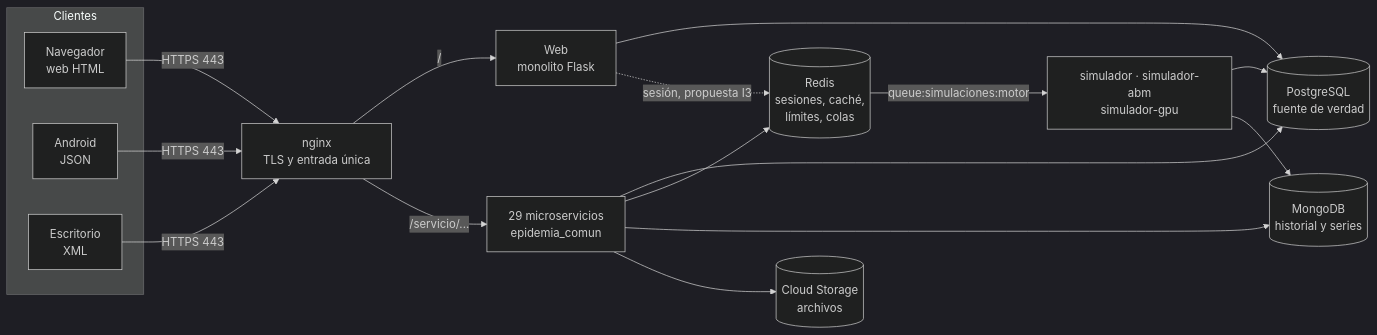
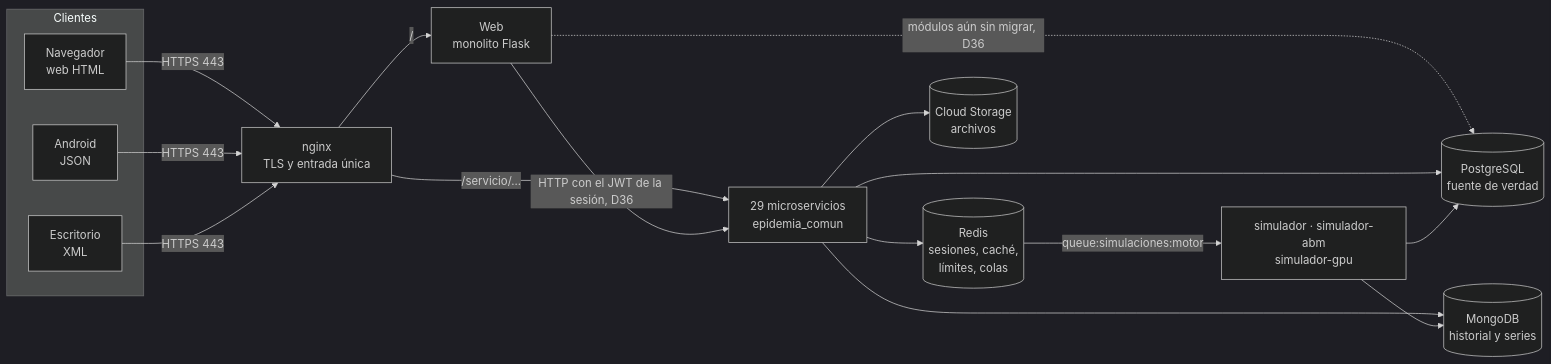
The first of 2 diagrams in docs/arquitectura/arquitectura_v3.md (jonaxCA/A-D-M-Simulator), drawn with Mermaid (dark theme) before and after one commit. The commit also changed other lines of this file and 2 other files, not shown here.

First line of the commit message:
Arquitectura v3 al día con D36 a D39 y las ramas integradas

````diff
--- a/docs/arquitectura/arquitectura_v3.md
+++ b/docs/arquitectura/arquitectura_v3.md
@@ -37,20 +43,20 @@
 ```mermaid
 flowchart LR
     subgraph Clientes
         NAV[Navegador<br/>web HTML]
         MOV[Android<br/>JSON]
         ESC[Escritorio<br/>XML]
     end
     NAV & MOV & ESC -->|HTTPS 443| NG[nginx<br/>TLS y entrada única]
     NG -->|/| WEB[Web<br/>monolito Flask]
     NG -->|/servicio/...| MS[29 microservicios<br/>epidemia_comun]
-    WEB --> PG[(PostgreSQL<br/>fuente de verdad)]
-    WEB -.->|sesión, propuesta I3| RD
-    MS --> PG
+    WEB -->|HTTP con el JWT de la sesión, D36| MS
+    WEB -.->|módulos aún sin migrar, D36| PG
+    MS --> PG[(PostgreSQL<br/>fuente de verdad)]
     MS --> RD[(Redis<br/>sesiones, caché,<br/>límites, colas)]
     MS --> MG[(MongoDB<br/>historial y series)]
     MS --> GCS[(Cloud Storage<br/>archivos)]
     RD -->|queue:simulaciones:motor| SIM[simulador · simulador-abm<br/>simulador-gpu]
     SIM --> PG
     SIM --> MG
 ```
````
